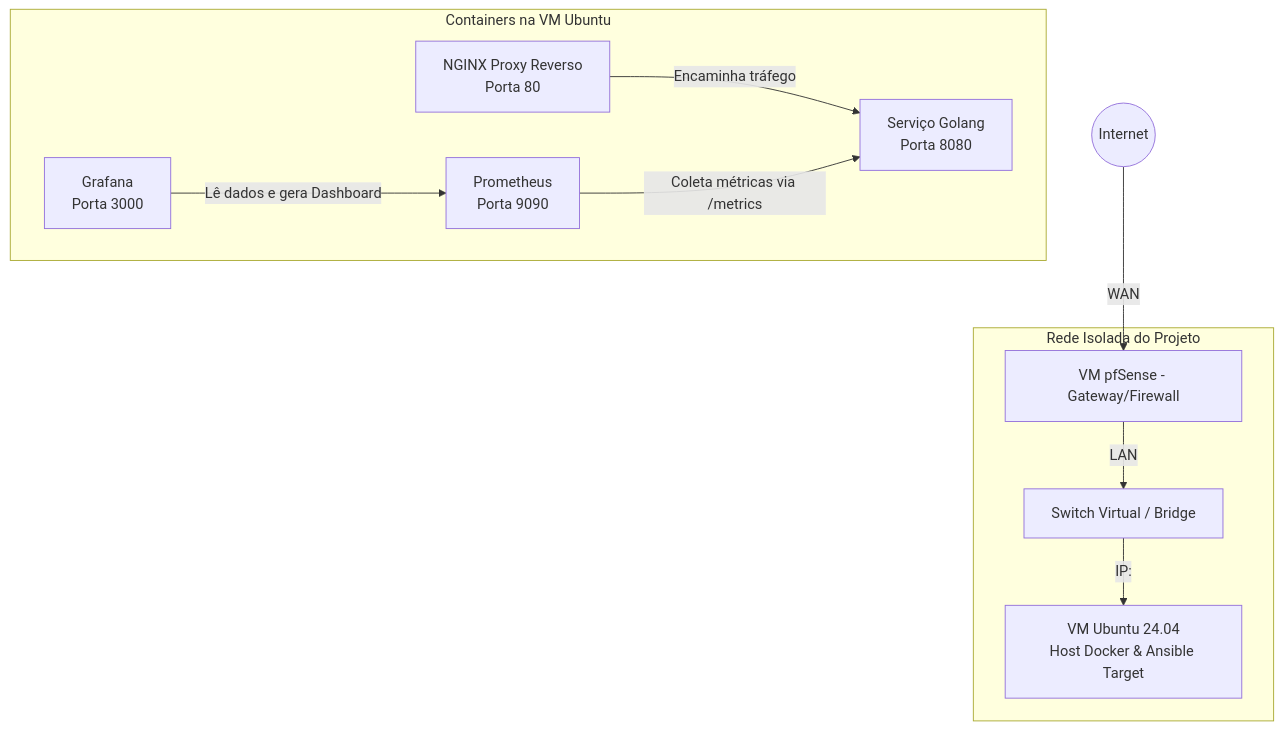
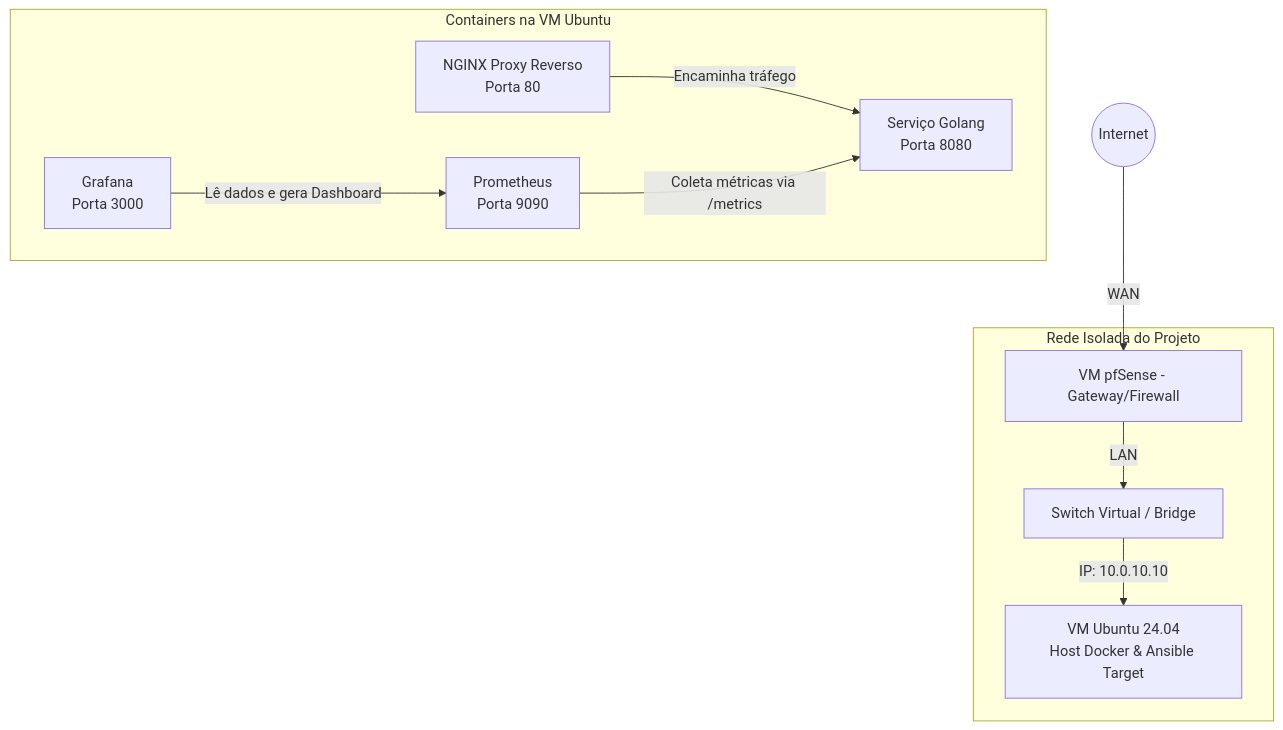
Before and after one commit to ggoncs/desafio-korp: the diagram in README.md, drawn with Mermaid.

Commit message:
Update VM Ubuntu IP address in README

````diff
--- a/README.md
+++ b/README.md
@@ -8,21 +8,21 @@
 ```mermaid
 graph TD
     Internet((Internet)) -->|WAN| pfSense[VM pfSense - Gateway/Firewall]
     
     subgraph Rede_Isolada [Rede Isolada do Projeto]
         pfSense -->|LAN| SwitchVirtual[Switch Virtual / Bridge]
         
-        SwitchVirtual -->|IP: <IP_DA_VM_UBUNTU>| VM_Ubuntu[VM Ubuntu 24.04<br>Host Docker & Ansible Target]
+        SwitchVirtual -->|IP: 10.0.10.10| VM_Ubuntu[VM Ubuntu 24.04<br>Host Docker & Ansible Target]
     end
 
     subgraph VM_Ubuntu_Docker [Containers na VM Ubuntu]
         Nginx[NGINX Proxy Reverso<br>Porta 80]
         GoApp[Serviço Golang<br>Porta 8080]
         Prometheus[Prometheus<br>Porta 9090]
         Grafana[Grafana<br>Porta 3000]
 
         Nginx -->|Encaminha tráfego| GoApp
         Prometheus -->|Coleta métricas via /metrics| GoApp
         Grafana -->|Lê dados e gera Dashboard| Prometheus
     end
 ```
````
